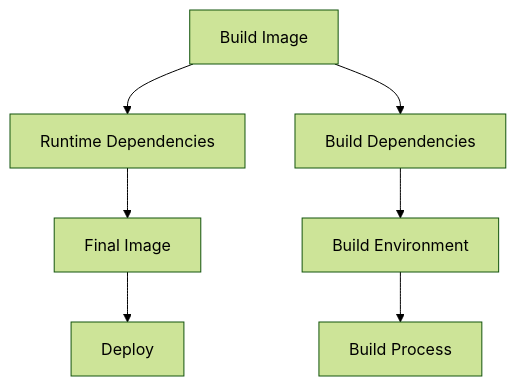
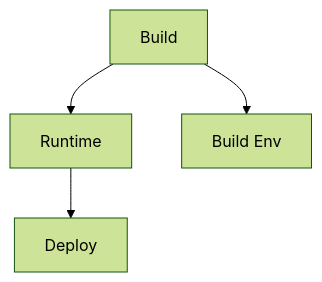
One commit to Hydepwns/nix-mox changed the fourth of 6 diagrams in docs/guides/nixos-on-proxmox.md. Above: the diagram before and after it, drawn with Mermaid (forest theme). The commit also changed other lines of this file and 145 other files, not shown here.

````diff
--- a/docs/guides/nixos-on-proxmox.md
+++ b/docs/guides/nixos-on-proxmox.md
@@ -92,11 +62,6 @@
 ```mermaid
 graph TD
-    A[Build Image] --> B[Runtime Dependencies]
-    A --> C[Build Dependencies]
-    
-    B --> D[Final Image]
-    C --> E[Build Environment]
-    
-    D --> F[Deploy]
-    E --> G[Build Process]
+    A[Build] --> B[Runtime]
+    A --> C[Build Env]
+    B --> D[Deploy]
 ```
````
